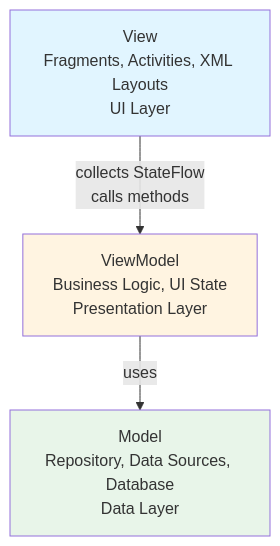
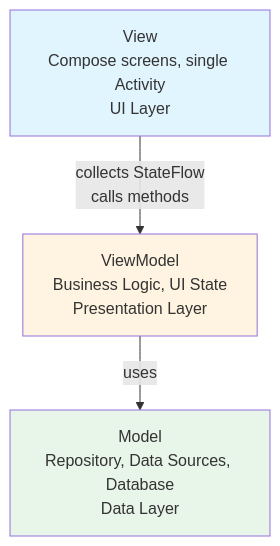
Before and after one commit to alebianco/chronicle: the first of 5 diagrams in backlog/docs/reference/02-architecture.md, drawn with Mermaid. The commit also changed other lines of this file and 73 other files, not shown here.

````diff
--- a/backlog/docs/reference/02-architecture.md
+++ b/backlog/docs/reference/02-architecture.md
@@ -18,13 +18,13 @@
 ```mermaid
 graph TD
-    A[View<br/>Fragments, Activities, XML Layouts<br/>UI Layer]
+    A[View<br/>Compose screens, single Activity<br/>UI Layer]
     B[ViewModel<br/>Business Logic, UI State<br/>Presentation Layer]
     C[Model<br/>Repository, Data Sources, Database<br/>Data Layer]
     
     A -->|collects StateFlow<br/>calls methods| B
     B -->|uses| C
     
     style A fill:#e1f5ff
     style B fill:#fff4e1
     style C fill:#e8f5e9
 ```
````
